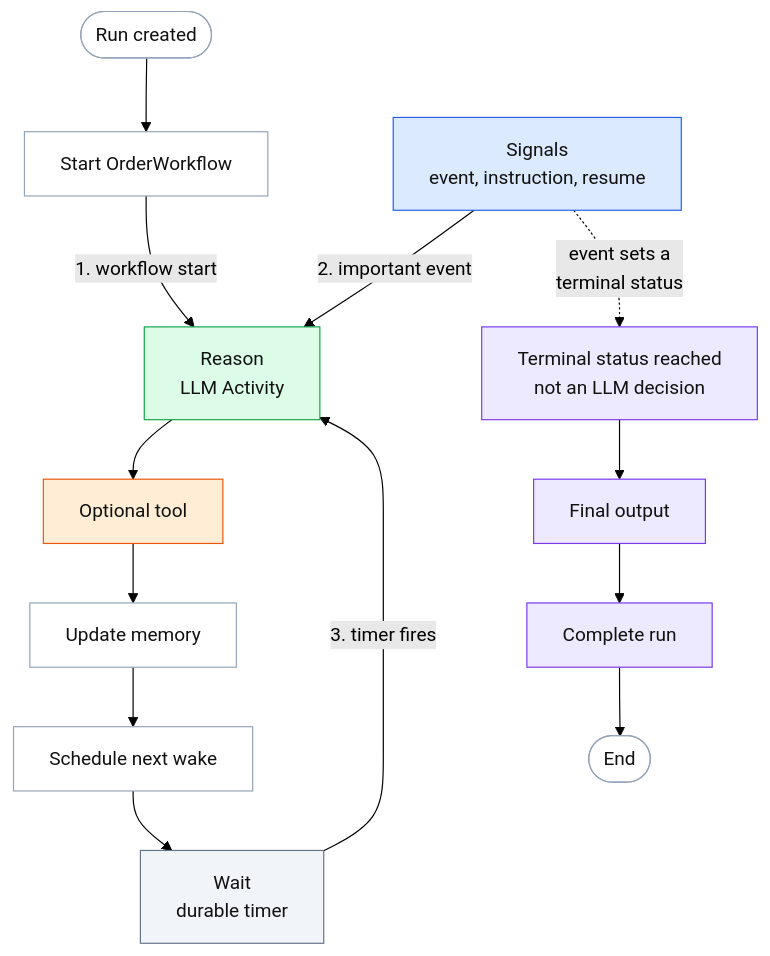
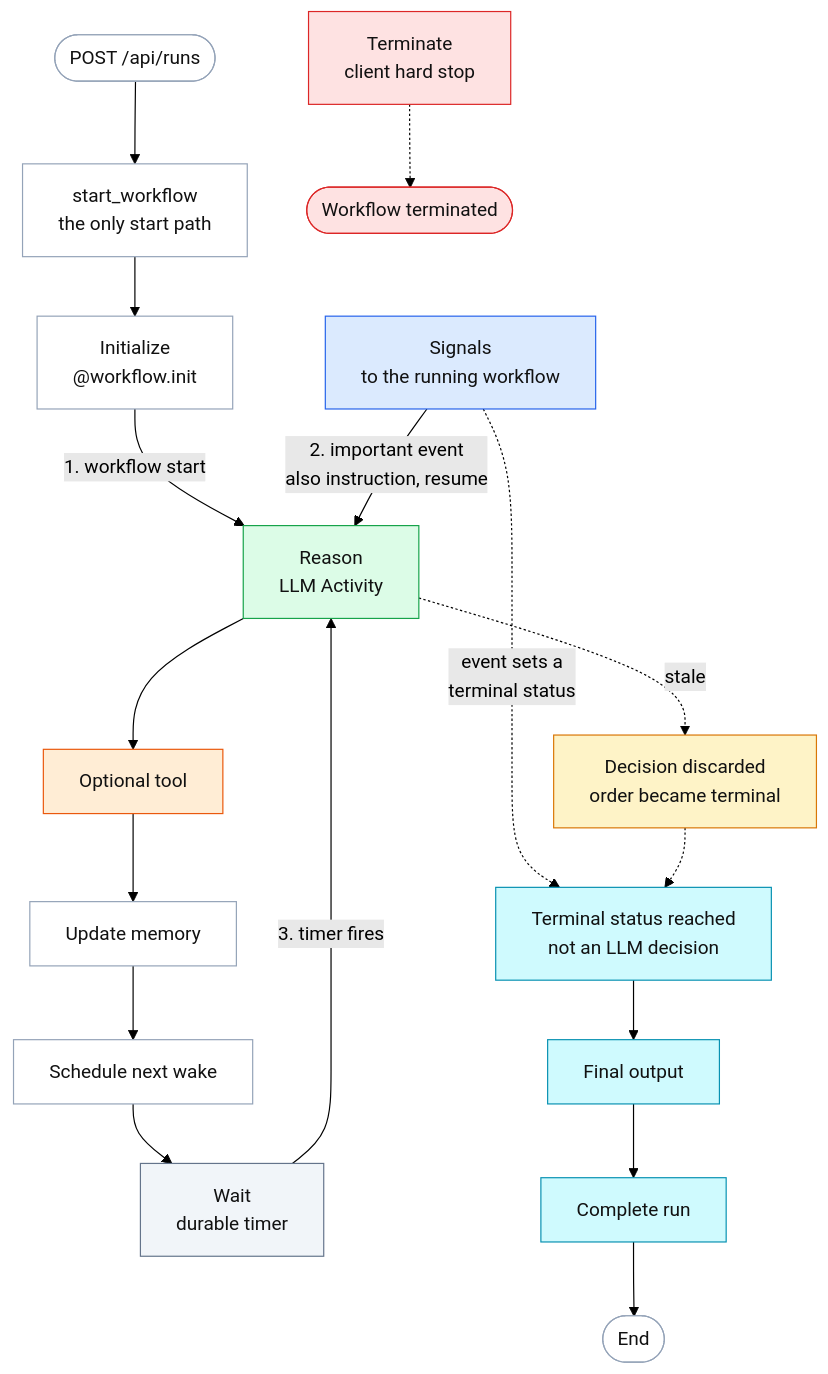
One commit to averagecoder4088/AI-supervisor changed the second of 4 diagrams in README.md. Above: the diagram before and after it, drawn with Mermaid (forest theme). The commit also changed other lines of this file, not shown here.

Commit message:
Finalize Mermaid architecture diagrams

````diff
--- a/README.md
+++ b/README.md
@@ -92,29 +94,37 @@
 ```mermaid
 flowchart TB
-    start(["Run created"]) --> init["Start OrderWorkflow"]
+    create(["POST /api/runs"]) --> start["start_workflow<br/>the only start path"]
+    start --> init["Initialize<br/>@workflow.init"]
     init -->|"1. workflow start"| reason["Reason<br/>LLM Activity"]
-    signals["Signals<br/>event, instruction, resume"] -->|"2. important event"| reason
+    signals["Signals<br/>to the running workflow"] -->|"2. important event<br/>also instruction, resume"| reason
     wait["Wait<br/>durable timer"] -->|"3. timer fires"| reason
     reason --> tool["Optional tool"]
     tool --> memory["Update memory"]
     memory --> schedule["Schedule next wake"]
     schedule --> wait
 
     signals -.->|"event sets a<br/>terminal status"| terminal["Terminal status reached<br/>not an LLM decision"]
+    reason -.->|"stale"| discard["Decision discarded<br/>order became terminal"]
+    discard -.-> terminal
     terminal --> final["Final output"]
     final --> complete["Complete run"]
     complete --> done(["End"])
+    stop["Terminate<br/>client hard stop"] -.-> halted(["Workflow terminated"])
 
     classDef sig fill:#dbeafe,stroke:#2563eb,color:#111
     classDef llmc fill:#dcfce7,stroke:#16a34a,color:#111
-    classDef tool fill:#ffedd5,stroke:#ea580c,color:#111
+    classDef toolc fill:#ffedd5,stroke:#ea580c,color:#111
     classDef sleep fill:#f1f5f9,stroke:#64748b,color:#111
-    classDef term fill:#ede9fe,stroke:#7c3aed,color:#111
+    classDef term fill:#cffafe,stroke:#0891b2,color:#111
+    classDef stopc fill:#fee2e2,stroke:#dc2626,color:#111
+    classDef stale fill:#fef3c7,stroke:#d97706,color:#111
     classDef step fill:#ffffff,stroke:#94a3b8,color:#111
+    class discard stale
     class signals sig
     class reason llmc
-    class tool tool
+    class tool toolc
     class wait sleep
     class terminal,final,complete term
-    class start,init,memory,schedule,done step
+    class stop,halted stopc
+    class create,start,init,memory,schedule,done step
 ```
````
